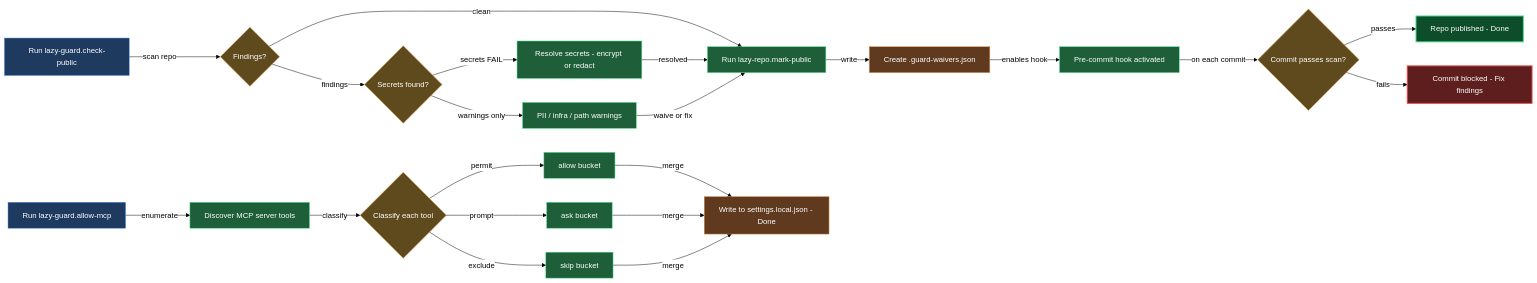
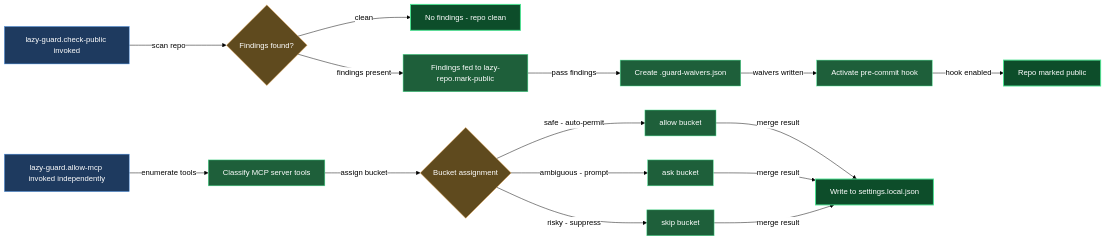
Before and after one commit to mebius-san/lazy-cortex: the diagram in Claude/lazycortex-core/help/guardian.md, drawn with Mermaid. The commit also changed other lines of this file and 15 other files, not shown here.

````diff
--- a/Claude/lazycortex-core/help/guardian.md
+++ b/Claude/lazycortex-core/help/guardian.md
@@ -67,71 +66,54 @@
 ```mermaid
 %%{init: {'themeVariables':{'background':'transparent','lineColor':'#000','textColor':'#000','edgeLabelBackground':'#fff'},'themeCSS':'.edgeLabel{background-color:transparent!important}.edgeLabel p{background-color:transparent!important}','flowchart':{'diagramPadding':5,'useMaxWidth':true}}}%%
 flowchart LR
-  userRunsCheckPublic[Run lazy-guard.check-public]
-  scanFindings{Findings?}
-  failSecrets{Secrets found?}
-  warnPii[PII / infra / path warnings]
-  resolveSecrets[Resolve secrets - encrypt or redact]
-  userRunsMarkPublic[Run lazy-repo.mark-public]
+  invokeCheckPublic[lazy-guard.check-public invoked]
+  scanFindings{Findings found?}
+  noFindings[No findings - repo clean]
+  feedFindings[Findings fed to lazy-repo.mark-public]
   createWaivers[Create .guard-waivers.json]
-  activateHook[Pre-commit hook activated]
-  commitBlocked{Commit passes scan?}
-  publishDone[Repo published - Done]
-  commitFailed[Commit blocked - Fix findings]
-
-  userRunsAllowMcp[Run lazy-guard.allow-mcp]
-  discoverTools[Discover MCP server tools]
-  classifyTools{Classify each tool}
+  activateHook[Activate pre-commit hook]
+  repoMarkedPublic[Repo marked public]
+  invokeAllowMcp[lazy-guard.allow-mcp invoked independently]
+  classifyTools[Classify MCP server tools]
+  bucketGuard{Bucket assignment}
   allowBucket[allow bucket]
   askBucket[ask bucket]
   skipBucket[skip bucket]
-  writeSettings[Write to settings.local.json - Done]
+  writeSettings[Write to settings.local.json]
 
-  userRunsCheckPublic -->|scan repo| scanFindings
-  scanFindings -->|clean| userRunsMarkPublic
-  scanFindings -->|findings| failSecrets
-  failSecrets -->|secrets FAIL| resolveSecrets
-  failSecrets -->|warnings only| warnPii
-  resolveSecrets -->|resolved| userRunsMarkPublic
-  warnPii -->|waive or fix| userRunsMarkPublic
-  userRunsMarkPublic -->|write| createWaivers
-  createWaivers -->|enables hook| activateHook
-  activateHook -->|on each commit| commitBlocked
-  commitBlocked -->|passes| publishDone
-  commitBlocked -->|fails| commitFailed
-
-  userRunsAllowMcp -->|enumerate| discoverTools
-  discoverTools -->|classify| classifyTools
-  classifyTools -->|permit| allowBucket
-  classifyTools -->|prompt| askBucket
-  classifyTools -->|exclude| skipBucket
-  allowBucket -->|merge| writeSettings
-  askBucket -->|merge| writeSettings
-  skipBucket -->|merge| writeSettings
+  invokeCheckPublic -->|scan repo| scanFindings
+  scanFindings -->|clean| noFindings
+  scanFindings -->|findings present| feedFindings
+  feedFindings -->|pass findings| createWaivers
+  createWaivers -->|waivers written| activateHook
+  activateHook -->|hook enabled| repoMarkedPublic
+  invokeAllowMcp -->|enumerate tools| classifyTools
+  classifyTools -->|assign bucket| bucketGuard
+  bucketGuard -->|safe - auto-permit| allowBucket
+  bucketGuard -->|ambiguous - prompt| askBucket
+  bucketGuard -->|risky - suppress| skipBucket
+  allowBucket -->|merge result| writeSettings
+  askBucket -->|merge result| writeSettings
+  skipBucket -->|merge result| writeSettings
 
   classDef entry fill:#1e3a5f,stroke:#4a90e2,color:#fff
   classDef guard fill:#5f4a1e,stroke:#e2a14a,color:#fff
   classDef action fill:#1e5f3a,stroke:#4ae290,color:#fff
   classDef success fill:#0d4d2a,stroke:#4ae290,color:#fff,stroke-width:2px
   classDef error fill:#5f1e1e,stroke:#e24a4a,color:#fff,stroke-width:2px
-  classDef store fill:#5f3a1e,stroke:#e2904a,color:#fff
 
-  class userRunsCheckPublic entry
-  class userRunsAllowMcp entry
+  class invokeCheckPublic entry
+  class invokeAllowMcp entry
   class scanFindings guard
-  class failSecrets guard
-  class classifyTools guard
-  class commitBlocked guard
-  class resolveSecrets action
-  class warnPii action
-  class userRunsMarkPublic action
-  class discoverTools action
-  class createWaivers store
+  class bucketGuard guard
+  class feedFindings action
+  class createWaivers action
   class activateHook action
+  class classifyTools action
   class allowBucket action
   class askBucket action
   class skipBucket action
-  class writeSettings store
-  class publishDone success
-  class commitFailed error
+  class noFindings success
+  class repoMarkedPublic success
+  class writeSettings success
 ```
````
